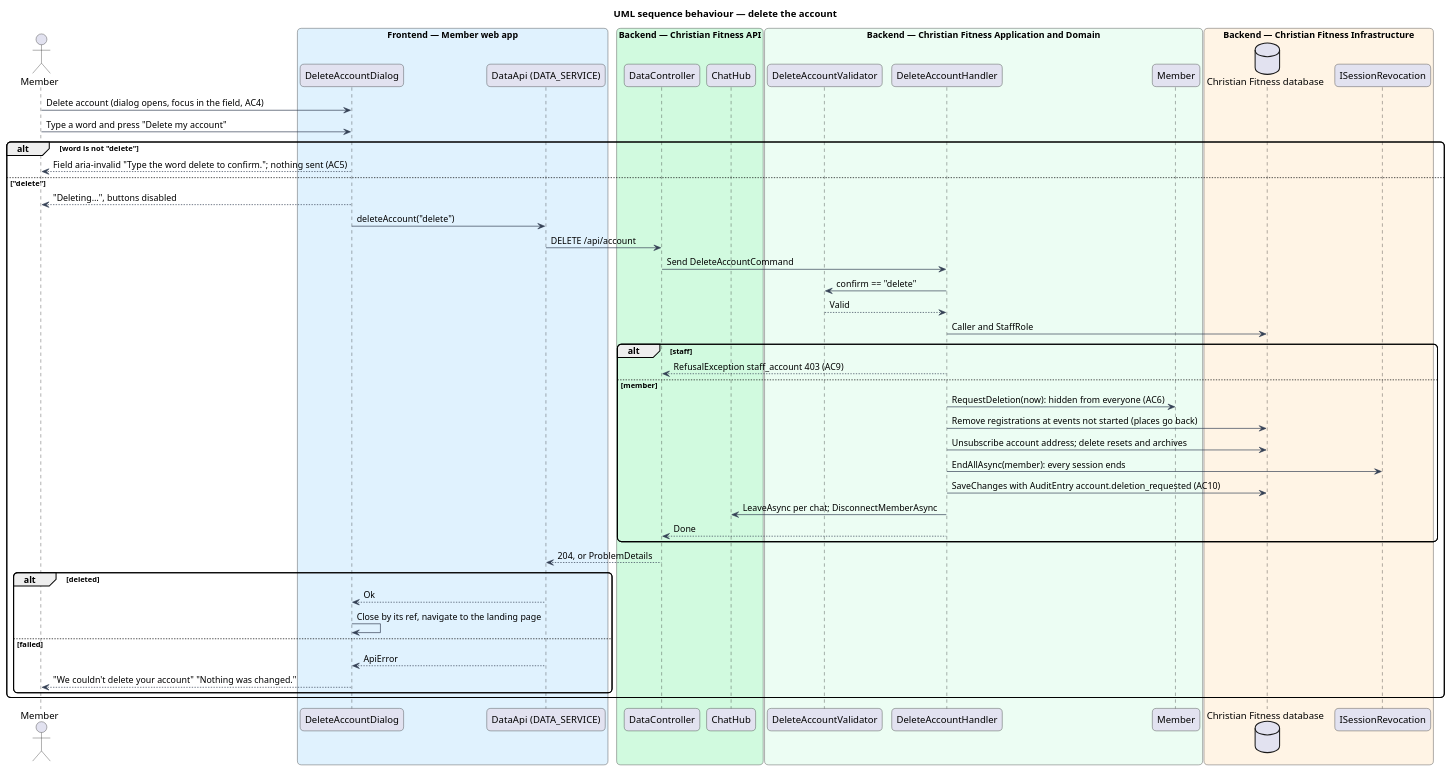
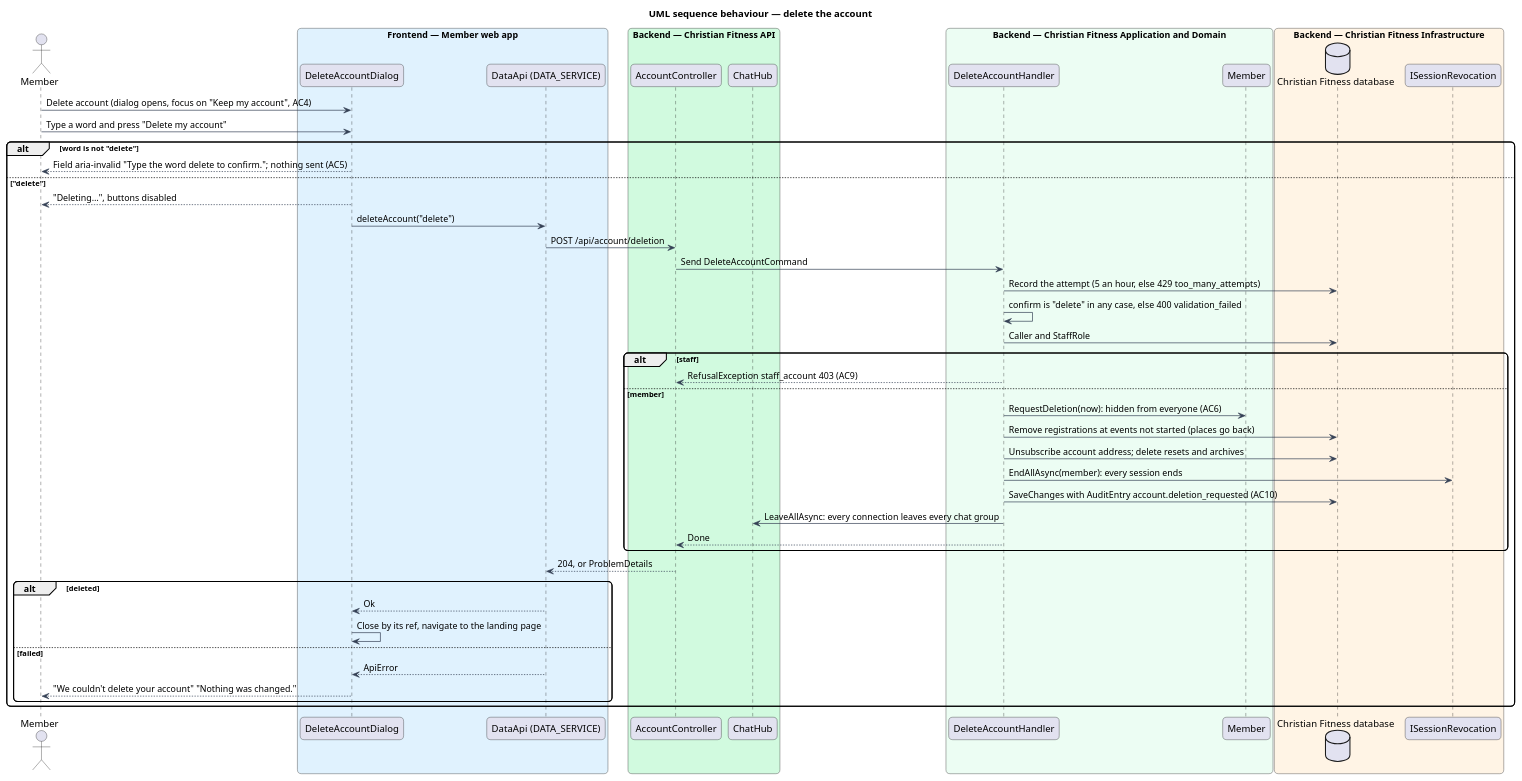
One commit to QuinntyneBrown/christian-fitness changed the diagram in docs/detailed-designs/preferences/download-and-delete-data/diagrams/sequence-delete.puml. Above: the diagram before and after it, drawn with PlantUML. The commit also changed 106 other files, not shown here.

First line of the commit message:
Journey 36: Delete my account (#230)

```diff
--- a/docs/detailed-designs/preferences/download-and-delete-data/diagrams/sequence-delete.puml
+++ b/docs/detailed-designs/preferences/download-and-delete-data/diagrams/sequence-delete.puml
@@ -1,58 +1,57 @@
 @startuml
 title UML sequence behaviour — delete the account
 skinparam backgroundColor #FFFFFF
 skinparam shadowing false
 skinparam roundcorner 12
 skinparam defaultFontName Arial
 skinparam ArrowColor #344054
 actor "Member" as actor
 box "Frontend — Member web app" #E0F2FE
   participant "DeleteAccountDialog" as dlg
   participant "DataApi (DATA_SERVICE)" as client
 end box
 box "Backend — Christian Fitness API" #D1FADF
-  participant "DataController" as ctrl
+  participant "AccountController" as ctrl
   participant "ChatHub" as hub
 end box
 box "Backend — Christian Fitness Application and Domain" #ECFDF3
-  participant "DeleteAccountValidator" as val
   participant "DeleteAccountHandler" as h
   participant "Member" as m
 end box
 box "Backend — Christian Fitness Infrastructure" #FFF4E5
   database "Christian Fitness database" as db
   participant "ISessionRevocation" as rev
 end box
-actor -> dlg : Delete account (dialog opens, focus in the field, AC4)
+actor -> dlg : Delete account (dialog opens, focus on "Keep my account", AC4)
 actor -> dlg : Type a word and press "Delete my account"
 alt word is not "delete"
   dlg --> actor : Field aria-invalid "Type the word delete to confirm."; nothing sent (AC5)
 else "delete"
   dlg --> actor : "Deleting…", buttons disabled
   dlg -> client : deleteAccount("delete")
-  client -> ctrl : DELETE /api/account
+  client -> ctrl : POST /api/account/deletion
   ctrl -> h : Send DeleteAccountCommand
-  h -> val : confirm == "delete"
-  val --> h : Valid
+  h -> db : Record the attempt (5 an hour, else 429 too_many_attempts)
+  h -> h : confirm is "delete" in any case, else 400 validation_failed
   h -> db : Caller and StaffRole
   alt staff
     h --> ctrl : RefusalException staff_account 403 (AC9)
   else member
     h -> m : RequestDeletion(now): hidden from everyone (AC6)
     h -> db : Remove registrations at events not started (places go back)
     h -> db : Unsubscribe account address; delete resets and archives
     h -> rev : EndAllAsync(member): every session ends
     h -> db : SaveChanges with AuditEntry account.deletion_requested (AC10)
-    h -> hub : LeaveAsync per chat; DisconnectMemberAsync
+    h -> hub : LeaveAllAsync: every connection leaves every chat group
     h --> ctrl : Done
   end
   ctrl --> client : 204, or ProblemDetails
   alt deleted
     client --> dlg : Ok
     dlg -> dlg : Close by its ref, navigate to the landing page
   else failed
     client --> dlg : ApiError
     dlg --> actor : "We couldn't delete your account" "Nothing was changed."
   end
 end
 @enduml
```
